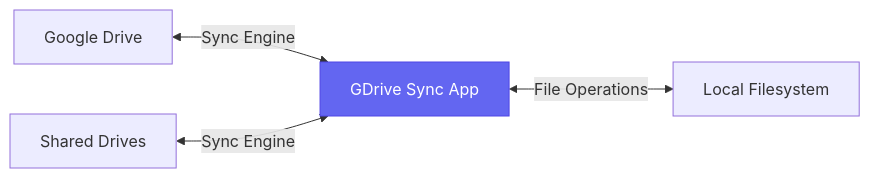
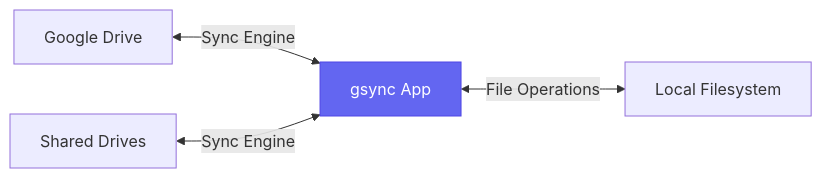
One commit to jpurusho/gdrive changed the first of 2 diagrams in README.md. Above: the diagram before and after it, drawn with Mermaid. The commit also changed other lines of this file and 6 other files, not shown here.

````diff
--- a/README.md
+++ b/README.md
@@ -5,8 +5,8 @@
 ```mermaid
 graph LR
-    A[Google Drive] <-->|Sync Engine| B[GDrive Sync App]
+    A[Google Drive] <-->|Sync Engine| B[gsync App]
     B <-->|File Operations| C[Local Filesystem]
     D[Shared Drives] <-->|Sync Engine| B
 
     style B fill:#6366f1,stroke:#4f46e5,color:#fff
 ```
````
